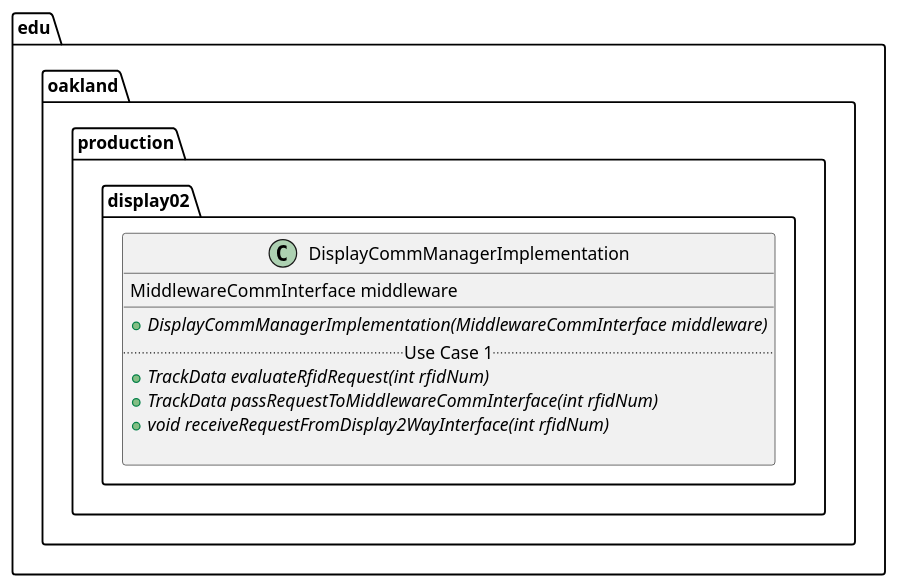
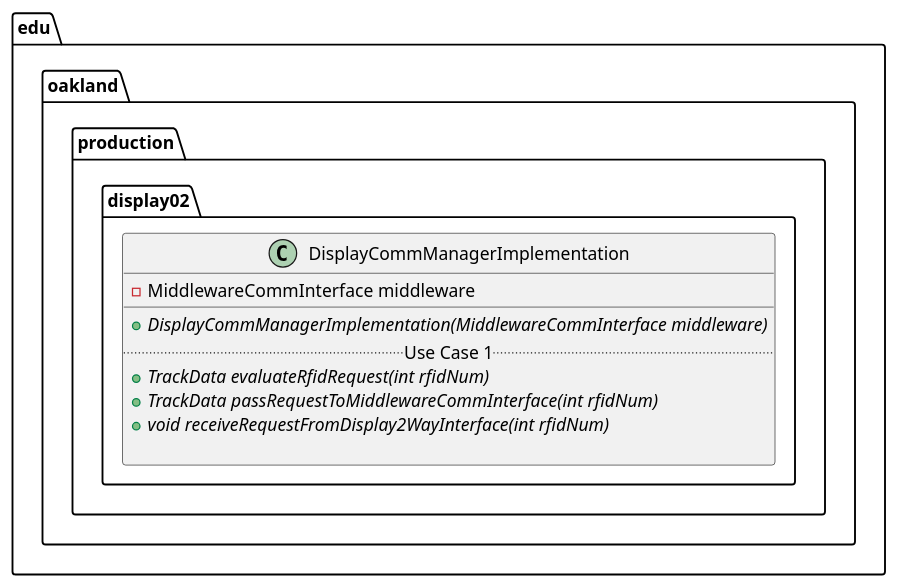
One commit to andrewdimmer/csi-3370-software-project changed the diagram in docs/uml-class-diagrams/display02/production/DisplayCommManagerImplementation/DisplayCommManagerImplementation.puml. Above: the diagram before and after it, drawn with PlantUML.

```diff
--- a/docs/uml-class-diagrams/display02/production/DisplayCommManagerImplementation/DisplayCommManagerImplementation.puml
+++ b/docs/uml-class-diagrams/display02/production/DisplayCommManagerImplementation/DisplayCommManagerImplementation.puml
@@ -1,16 +1,16 @@
 @startuml DisplayCommManagerImplementation
 
 package edu.oakland.production.display02 {
     class DisplayCommManagerImplementation {
-        MiddlewareCommInterface middleware
+        - MiddlewareCommInterface middleware
         __
         {abstract} + DisplayCommManagerImplementation(MiddlewareCommInterface middleware)
         .. Use Case 1 ..
         {abstract} + TrackData evaluateRfidRequest(int rfidNum)
         {abstract} + TrackData passRequestToMiddlewareCommInterface(int rfidNum)
         {abstract} + void receiveRequestFromDisplay2WayInterface(int rfidNum)
 
     }
 }
 
 @enduml
```
